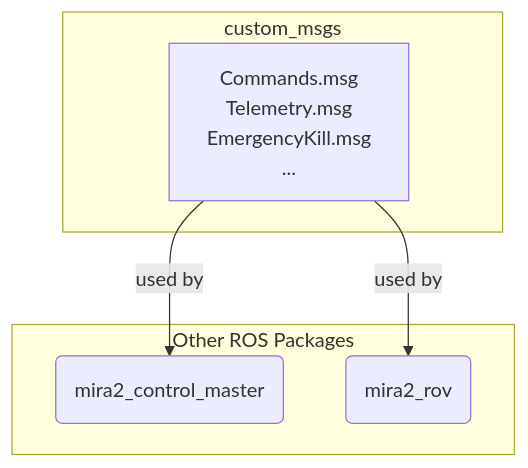
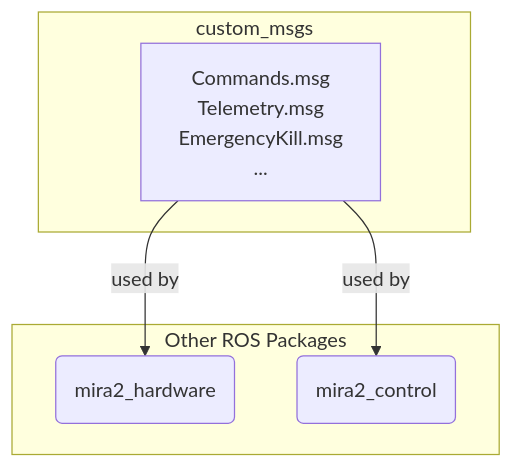
The diagram in src/dependencies/custom_msgs/README.md (davidnoronha1/mira), drawn with Mermaid before and after one commit. The commit also changed other lines of this file and 15 other files, not shown here.

````diff
--- a/src/dependencies/custom_msgs/README.md
+++ b/src/dependencies/custom_msgs/README.md
@@ -13,14 +13,14 @@
 ```mermaid
 graph TD
     subgraph custom_msgs
         A["Commands.msg<br>Telemetry.msg<br>EmergencyKill.msg<br>..."]
     end
 
     subgraph Other ROS Packages
-        B(mira2_control_master)
-        C(mira2_rov)
+        B(mira2_hardware)
+        C(mira2_control)
     end
 
     A -- "used by" --> B;
     A -- "used by" --> C;
 ```
````
